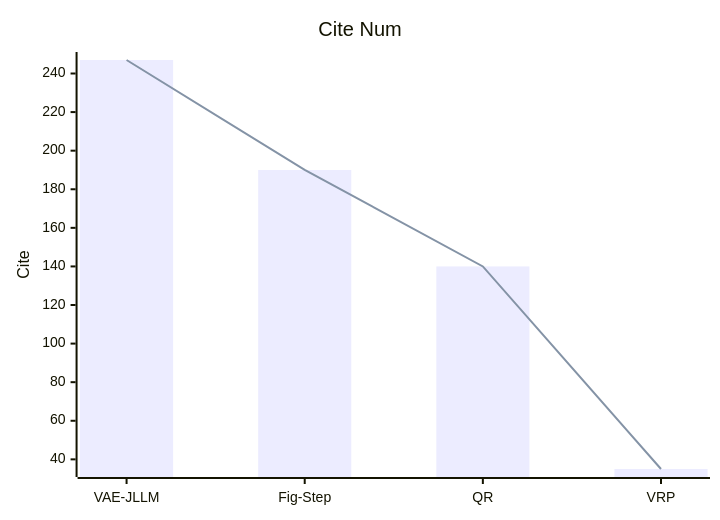
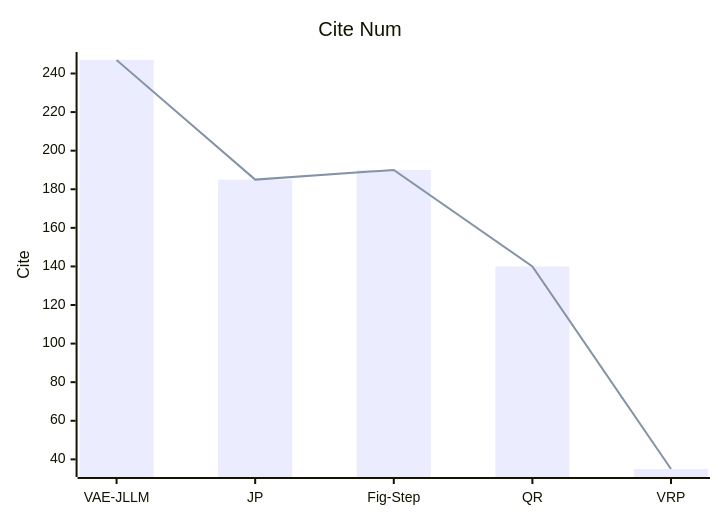
One commit to Elephant-King9/Paper changed the fifth of 5 diagrams in Attack/Jailbreak/VLVM/analyse.md. Above: the diagram before and after it, drawn with Mermaid. The commit also changed other lines of this file and 3 other files, not shown here.

````diff
--- a/Attack/Jailbreak/VLVM/analyse.md
+++ b/Attack/Jailbreak/VLVM/analyse.md
@@ -70,8 +92,8 @@
 ```mermaid
     xychart-beta
     title "Cite Num"
-    x-axis [VAE-JLLM,Fig-Step, QR, VRP]
+    x-axis [VAE-JLLM,JP,Fig-Step, QR, VRP]
     y-axis "Cite" 
-    bar [247,190,140,35]
-    line [247,190,140,35]
+    bar [247,185,190,140,35]
+    line [247,185,190,140,35]
 ```
````
